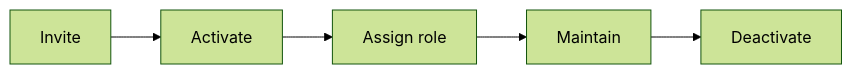
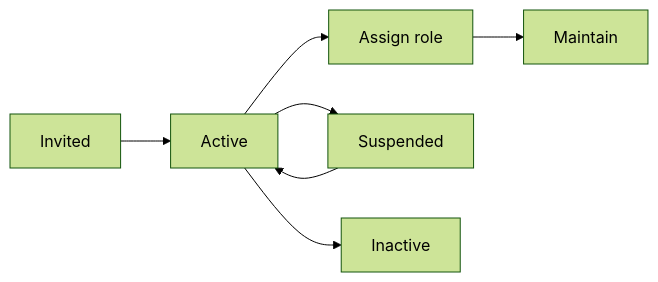
Before and after one commit to antoniojesusdelgado/management-platform-demo: the sixth of 8 diagrams in docs/PROCESS-MAPS.md, drawn with Mermaid (forest theme). The commit also changed other lines of this file and 51 other files, not shown here.

````diff
--- a/docs/PROCESS-MAPS.md
+++ b/docs/PROCESS-MAPS.md
@@ -49,4 +60,6 @@
 ```mermaid
 flowchart LR
-  Invite --> Activate --> AssignRole["Assign role"] --> Maintain --> Deactivate
+  Invited --> Active --> AssignRole["Assign role"] --> Maintain
+  Active --> Suspended --> Active
+  Active --> Inactive
 ```
````
